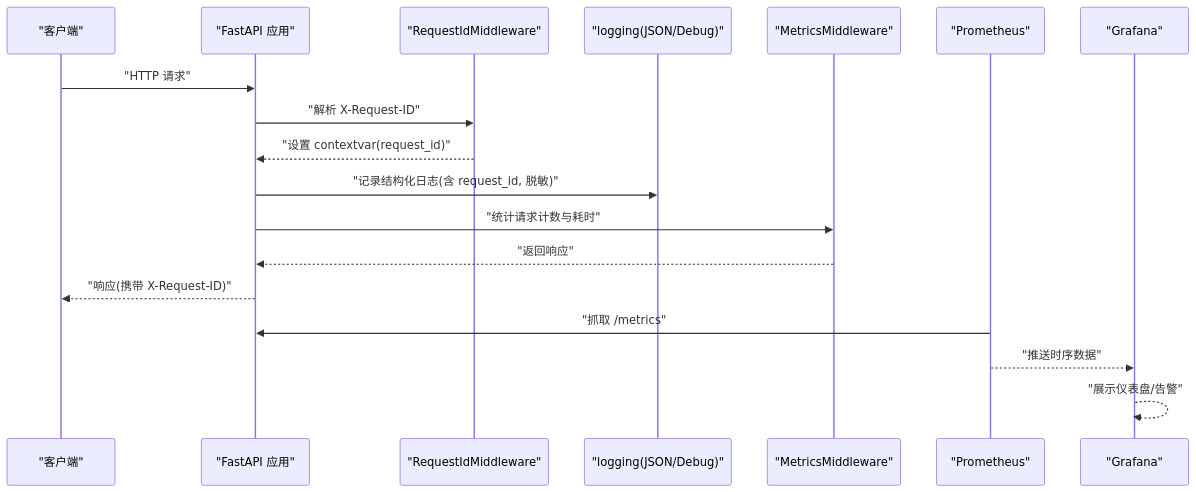
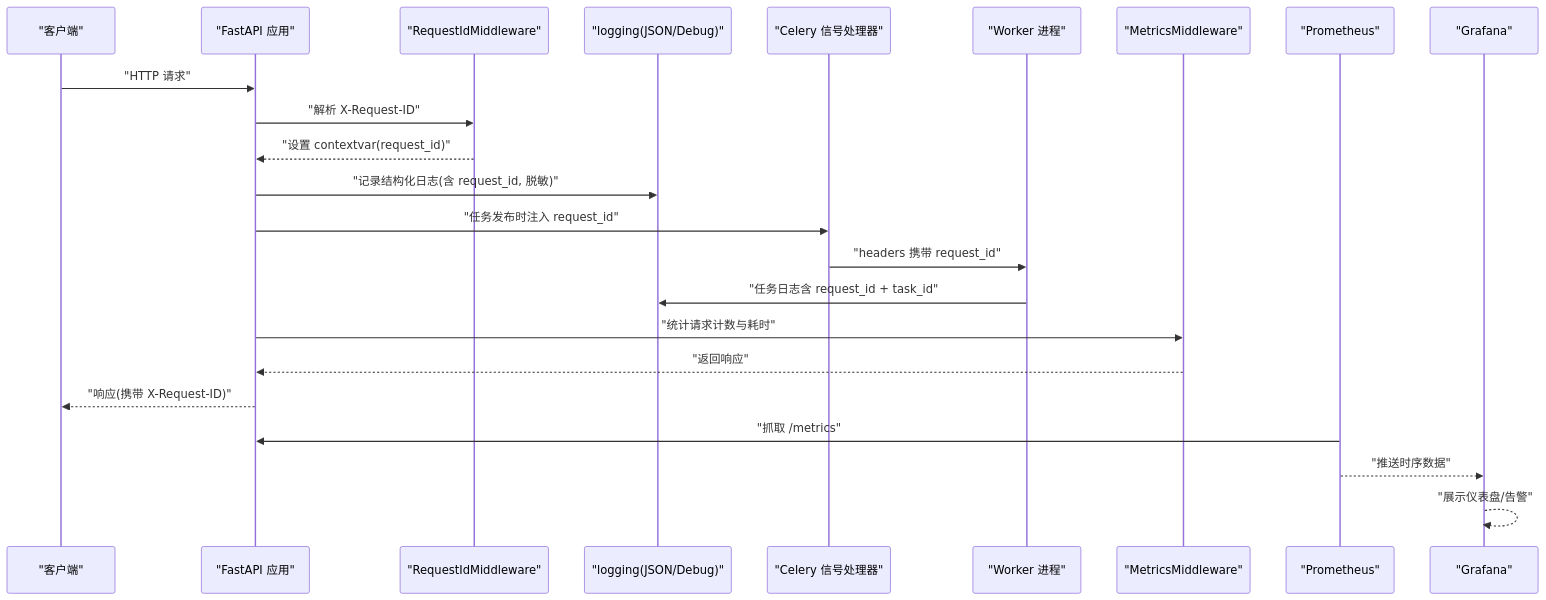
Before and after one commit to hlszp/CLPM-MVP: the second of 8 diagrams in .qoder/repowiki/zh/content/架构设计/部署架构设计/日志管理.md, drawn with Mermaid. The commit also changed other lines of this file and 207 other files, not shown here.

````diff
--- a/.qoder/repowiki/zh/content/架构设计/部署架构设计/日志管理.md
+++ b/.qoder/repowiki/zh/content/架构设计/部署架构设计/日志管理.md
@@ -84,20 +101,25 @@
 ```mermaid
 sequenceDiagram
 participant Client as "客户端"
 participant API as "FastAPI 应用"
 participant MW as "RequestIdMiddleware"
 participant LOG as "logging(JSON/Debug)"
+participant CELERY as "Celery 信号处理器"
+participant WORKER as "Worker 进程"
 participant MET as "MetricsMiddleware"
 participant PM as "Prometheus"
 participant GF as "Grafana"
 Client->>API : "HTTP 请求"
 API->>MW : "解析 X-Request-ID"
 MW-->>API : "设置 contextvar(request_id)"
 API->>LOG : "记录结构化日志(含 request_id, 脱敏)"
+API->>CELERY : "任务发布时注入 request_id"
+CELERY->>WORKER : "headers 携带 request_id"
+WORKER->>LOG : "任务日志含 request_id + task_id"
 API->>MET : "统计请求计数与耗时"
 MET-->>API : "返回响应"
 API-->>Client : "响应(携带 X-Request-ID)"
 PM->>API : "抓取 /metrics"
 PM-->>GF : "推送时序数据"
 GF-->>GF : "展示仪表盘/告警"
 ```
````
